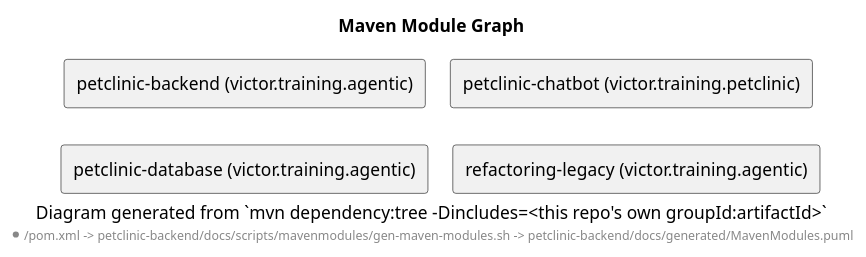
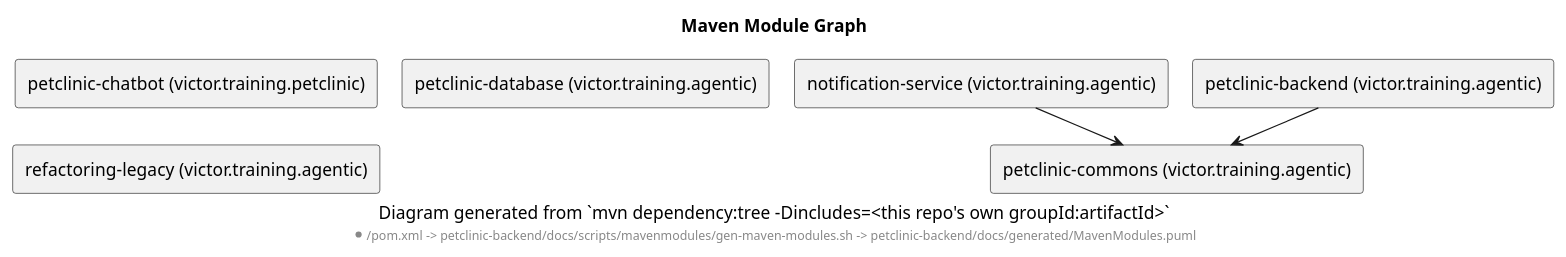
One commit to kashann/petclinic changed the diagram in petclinic-backend/docs/generated/MavenModules.puml. Above: the diagram before and after it, drawn with PlantUML. The commit also changed 33 other files, not shown here.

```diff
--- a/petclinic-backend/docs/generated/MavenModules.puml
+++ b/petclinic-backend/docs/generated/MavenModules.puml
@@ -1,18 +1,23 @@
 @startuml
 
 title Maven Module Graph
 caption Diagram generated from `mvn dependency:tree -Dincludes=<this repo's own groupId:artifactId>`
 footer */pom.xml -> petclinic-backend/docs/scripts/mavenmodules/gen-maven-modules.sh -> petclinic-backend/docs/generated/MavenModules.puml
 
 skinparam shadowing false
 skinparam componentStyle rectangle
 skinparam nodesep 20
 skinparam ranksep 30
 
+component "notification-service (victor.training.agentic)" as notification_service
 component "petclinic-backend (victor.training.agentic)" as petclinic_backend
 component "petclinic-chatbot (victor.training.petclinic)" as petclinic_chatbot
+component "petclinic-commons (victor.training.agentic)" as petclinic_commons
 component "petclinic-database (victor.training.agentic)" as petclinic_database
 component "refactoring-legacy (victor.training.agentic)" as refactoring_legacy
 
+notification_service --> petclinic_commons
+petclinic_backend --> petclinic_commons
+
 
 @enduml
```
